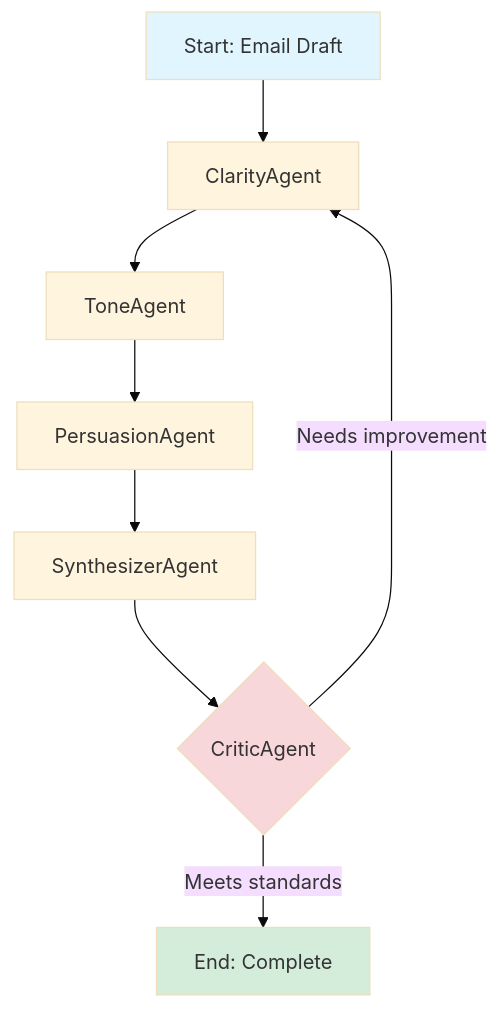
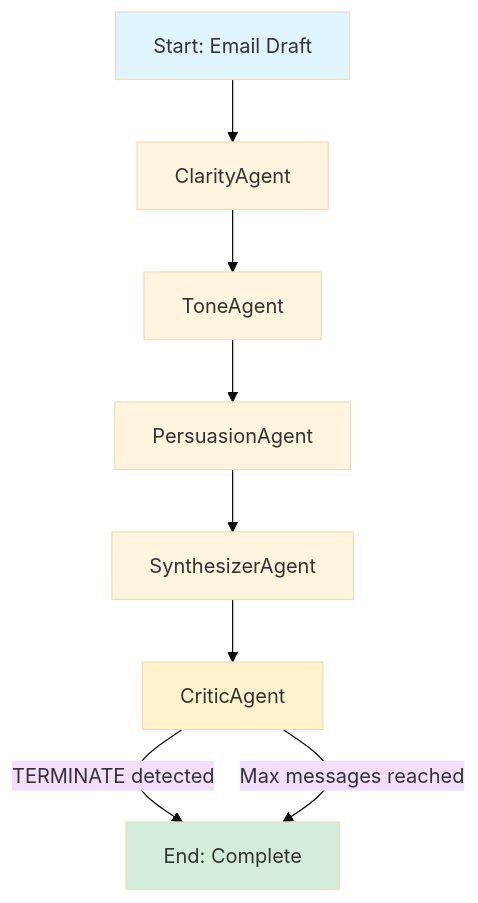
The second of 2 diagrams in ms-agent-deep-research/README.md (dongju93/ai-agents), drawn with Mermaid (base theme) before and after one commit. The commit also changed other lines of this file, not shown here.

````diff
--- a/ms-agent-deep-research/README.md
+++ b/ms-agent-deep-research/README.md
@@ -55,14 +63,14 @@
 ```mermaid
 graph TD
     A[Start: Email Draft] --> B[ClarityAgent];
     B --> C[ToneAgent];
     C --> D[PersuasionAgent];
     D --> E[SynthesizerAgent];
-    E --> F{CriticAgent};
-    F -- "Needs improvement" --> B;
-    F -- "Meets standards" --> G[End: Complete];
+    E --> F[CriticAgent];
+    F -- "TERMINATE detected" --> G[End: Complete];
+    F -- "Max messages reached" --> G;
 
     style A fill:#e1f5ff
     style G fill:#d4edda
-    style F fill:#f8d7da
+    style F fill:#fff3cd
 ```
````
